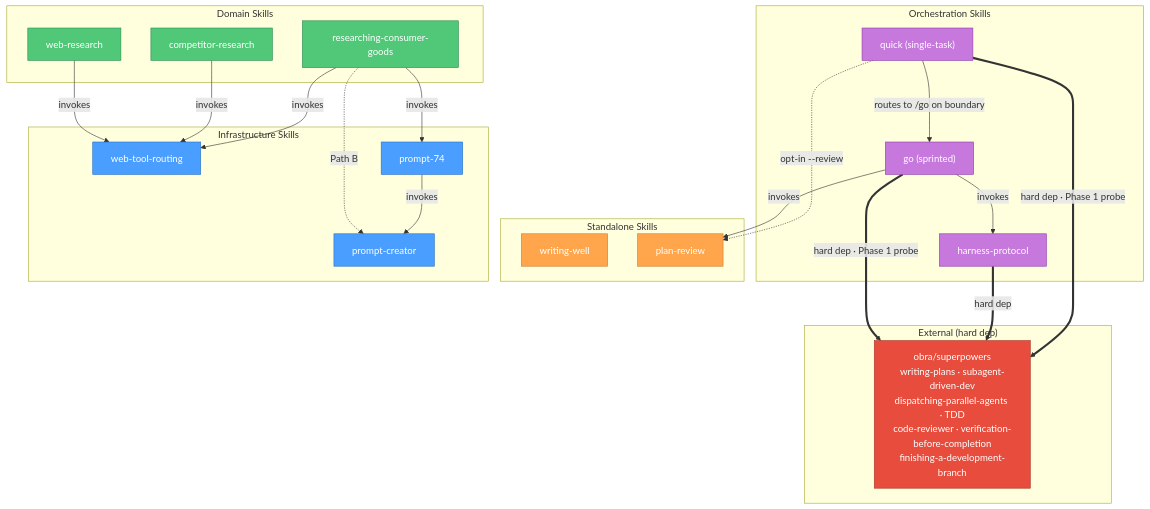
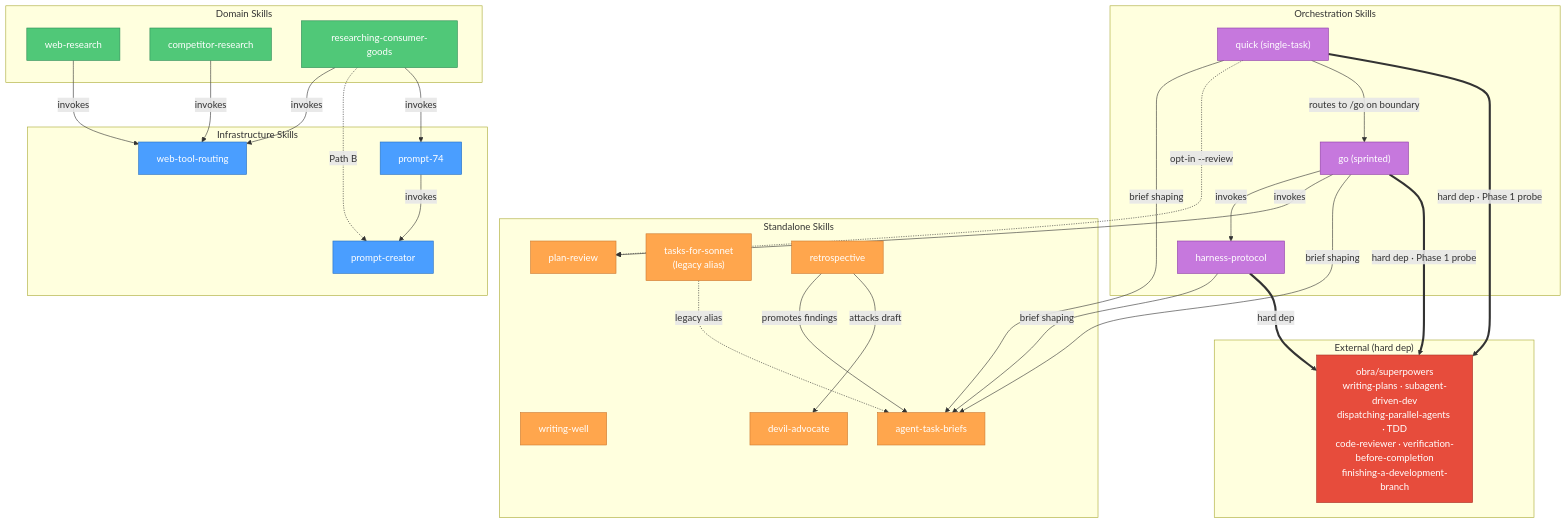
One commit to yanchuk/skill-arsenal changed the diagram in docs/skill-relations.md. Above: the diagram before and after it, drawn with Mermaid. The commit also changed 48 other files, not shown here.

````diff
--- a/docs/skill-relations.md
+++ b/docs/skill-relations.md
@@ -5,64 +5,78 @@
 ```mermaid
 graph TB
     subgraph Orchestration["Orchestration Skills"]
         GO["go (sprinted)"]
         QK["quick (single-task)"]
         HP["harness-protocol"]
     end
 
     subgraph Standalone["Standalone Skills"]
         WW["writing-well"]
         PR["plan-review"]
+        DA["devil-advocate"]
+        ATB["agent-task-briefs"]
+        TFS["tasks-for-sonnet<br/>(legacy alias)"]
+        RT["retrospective"]
     end
 
     subgraph Domain["Domain Skills"]
         WR["web-research"]
         CR["competitor-research"]
         RCG["researching-consumer-goods"]
     end
 
     subgraph Infrastructure["Infrastructure Skills"]
         WTR["web-tool-routing"]
         PC["prompt-creator"]
         P74["prompt-74"]
     end
 
     subgraph External["External (hard dep)"]
         SP["obra/superpowers<br/>writing-plans · subagent-driven-dev<br/>dispatching-parallel-agents · TDD<br/>code-reviewer · verification-before-completion<br/>finishing-a-development-branch"]
     end
 
     %% Orchestration → other skills
     GO -->|"invokes"| HP
     GO -->|"invokes"| PR
+    GO -->|"brief shaping"| ATB
+    HP -->|"brief shaping"| ATB
+    QK -->|"brief shaping"| ATB
+    RT -->|"promotes findings"| ATB
+    RT -->|"attacks draft"| DA
+    TFS -.->|"legacy alias"| ATB
     QK -.->|"opt-in --review"| PR
     QK -->|"routes to /go on boundary"| GO
 
     %% Hard dependency on superpowers (fail-fast probe at Phase 1)
     GO ==>|"hard dep · Phase 1 probe"| SP
     HP ==>|"hard dep"| SP
     QK ==>|"hard dep · Phase 1 probe"| SP
 
     %% Domain → Infrastructure invocations
     WR -->|"invokes"| WTR
     CR -->|"invokes"| WTR
     RCG -->|"invokes"| WTR
     RCG -.->|"Path B"| PC
     RCG -->|"invokes"| P74
 
     %% Infrastructure → Infrastructure
     P74 -->|"invokes"| PC
 
     %% Styling
     style WTR fill:#4a9eff,stroke:#2670c2,color:#fff
     style PC fill:#4a9eff,stroke:#2670c2,color:#fff
     style P74 fill:#4a9eff,stroke:#2670c2,color:#fff
     style WR fill:#50c878,stroke:#2e8b57,color:#fff
     style CR fill:#50c878,stroke:#2e8b57,color:#fff
     style RCG fill:#50c878,stroke:#2e8b57,color:#fff
     style WW fill:#ffa64d,stroke:#cc7a30,color:#fff
     style PR fill:#ffa64d,stroke:#cc7a30,color:#fff
+    style DA fill:#ffa64d,stroke:#cc7a30,color:#fff
+    style ATB fill:#ffa64d,stroke:#cc7a30,color:#fff
+    style TFS fill:#ffa64d,stroke:#cc7a30,color:#fff
+    style RT fill:#ffa64d,stroke:#cc7a30,color:#fff
     style GO fill:#c678dd,stroke:#8e3da8,color:#fff
     style HP fill:#c678dd,stroke:#8e3da8,color:#fff
     style QK fill:#c678dd,stroke:#8e3da8,color:#fff
     style SP fill:#e74c3c,stroke:#a93226,color:#fff
 ```
````
